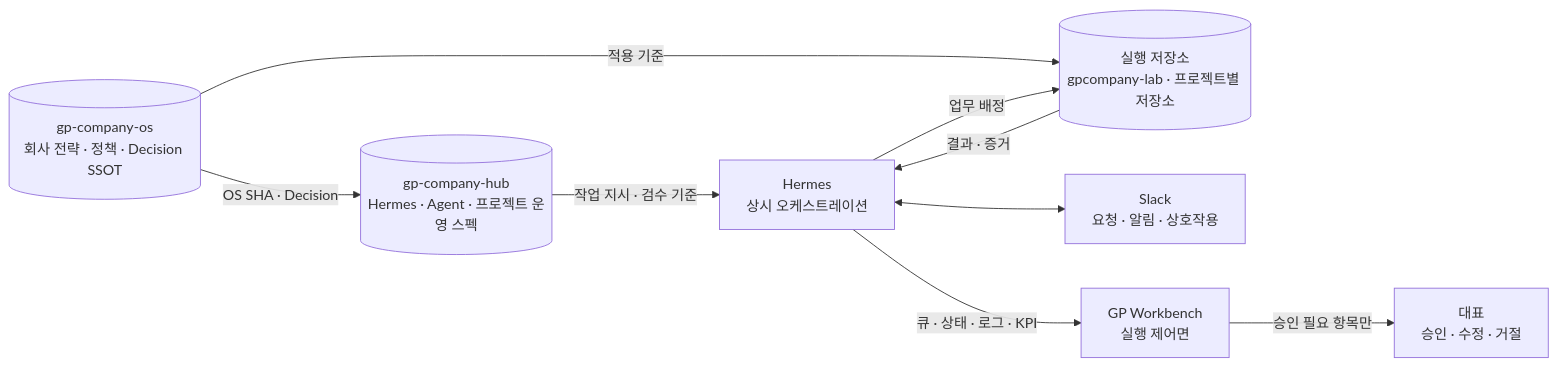
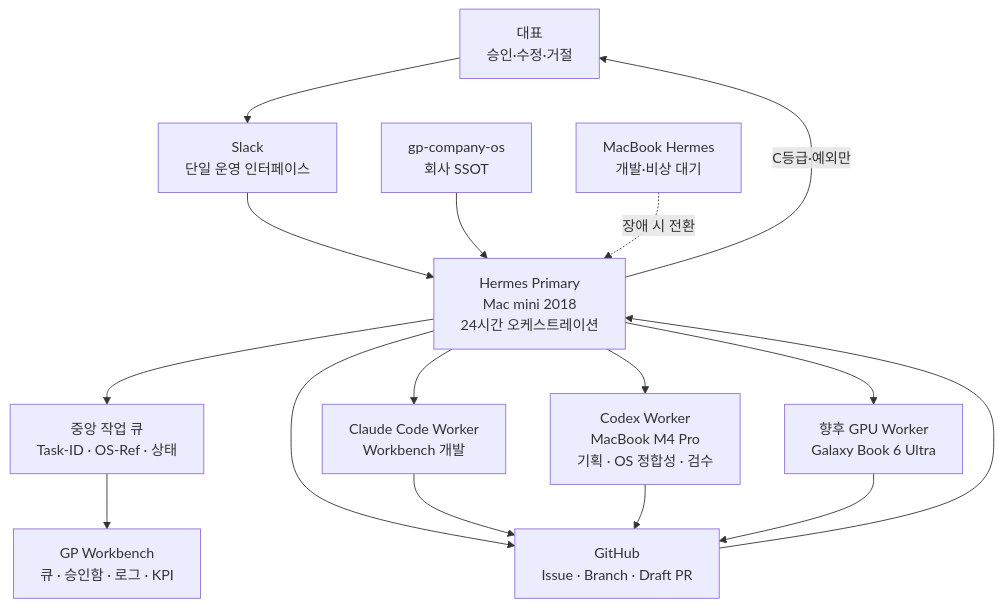
One commit to ajseo-gp/gp-company-os changed the second of 2 diagrams in README.md. Above: the diagram before and after it, drawn with Mermaid.

Commit message:
Show Hermes server topology in README

````diff
--- a/README.md
+++ b/README.md
@@ -81,19 +81,24 @@
 ```mermaid
-flowchart LR
-    OS[("gp-company-os<br/>회사 전략 · 정책 · Decision SSOT")]
-    HUB[("gp-company-hub<br/>Hermes · Agent · 프로젝트 운영 스펙")]
-    REPOS[("실행 저장소<br/>gpcompany-lab · 프로젝트별 저장소")]
-    H["Hermes<br/>상시 오케스트레이션"]
-    SLACK["Slack<br/>요청 · 알림 · 상호작용"]
-    WB["GP Workbench<br/>실행 제어면"]
-    CEO["대표<br/>승인 · 수정 · 거절"]
+flowchart TD
+    CEO["대표<br/>승인·수정·거절"] --> SLACK["Slack<br/>단일 운영 인터페이스"]
 
-    OS -->|"OS SHA · Decision"| HUB
-    OS -->|"적용 기준"| REPOS
-    HUB -->|"작업 지시 · 검수 기준"| H
-    H <--> SLACK
-    H -->|"업무 배정"| REPOS
-    REPOS -->|"결과 · 증거"| H
-    H -->|"큐 · 상태 · 로그 · KPI"| WB
-    WB -->|"승인 필요 항목만"| CEO
+    SLACK --> HP["Hermes Primary<br/>Mac mini 2018<br/>24시간 오케스트레이션"]
+    OS["gp-company-os<br/>회사 SSOT"] --> HP
+
+    HP --> QUEUE["중앙 작업 큐<br/>Task-ID · OS-Ref · 상태"]
+    QUEUE --> WB["GP Workbench<br/>큐 · 승인함 · 로그 · KPI"]
+
+    HP --> GH["GitHub<br/>Issue · Branch · Draft PR"]
+    HP --> CLAUDE["Claude Code Worker<br/>Workbench 개발"]
+    HP --> CODEX["Codex Worker<br/>MacBook M4 Pro<br/>기획 · OS 정합성 · 검수"]
+    HP --> GPU["향후 GPU Worker<br/>Galaxy Book 6 Ultra"]
+
+    CLAUDE --> GH
+    CODEX --> GH
+    GPU --> GH
+
+    GH --> HP
+    HP -->|"C등급·예외만"| CEO
+
+    HS["MacBook Hermes<br/>개발·비상 대기"] -.장애 시 전환.-> HP
 ```
````
